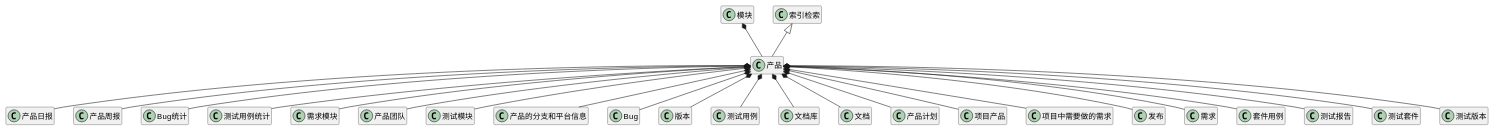
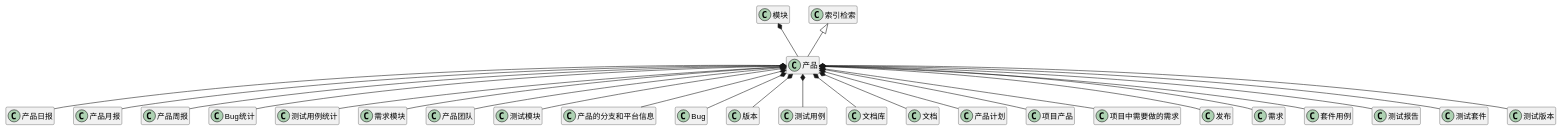
The first of 7 diagrams in ibizpms-docs/src/main/doc/v1/module/zentao/Product_old.md (zj335841911/nt_chandao), drawn with PlantUML before and after one commit. The commit also changed 22 other files, not shown here.

```diff
--- a/ibizpms-docs/src/main/doc/v1/module/zentao/Product_old.md
+++ b/ibizpms-docs/src/main/doc/v1/module/zentao/Product_old.md
@@ -6,27 +6,28 @@
 {% plantuml %}
 产品 *-- 产品日报 
+产品 *-- 产品月报 
 产品 *-- 产品周报 
 产品 *-- Bug统计 
 产品 *-- 测试用例统计 
 产品 *-- 需求模块 
 产品 *-- 产品团队 
 产品 *-- 测试模块 
 产品 *-- 产品的分支和平台信息 
 产品 *-- Bug 
 产品 *-- 版本 
 产品 *-- 测试用例 
 产品 *-- 文档库 
 产品 *-- 文档 
 产品 *-- 产品计划 
 产品 *-- 项目产品 
 产品 *-- 项目中需要做的需求 
 产品 *-- 发布 
 产品 *-- 需求 
 产品 *-- 套件用例 
 产品 *-- 测试报告 
 产品 *-- 测试套件 
 产品 *-- 测试版本 
 模块 *-- 产品 
 索引检索 <|-- 产品 
 hide members
 {% endplantuml %}
```
